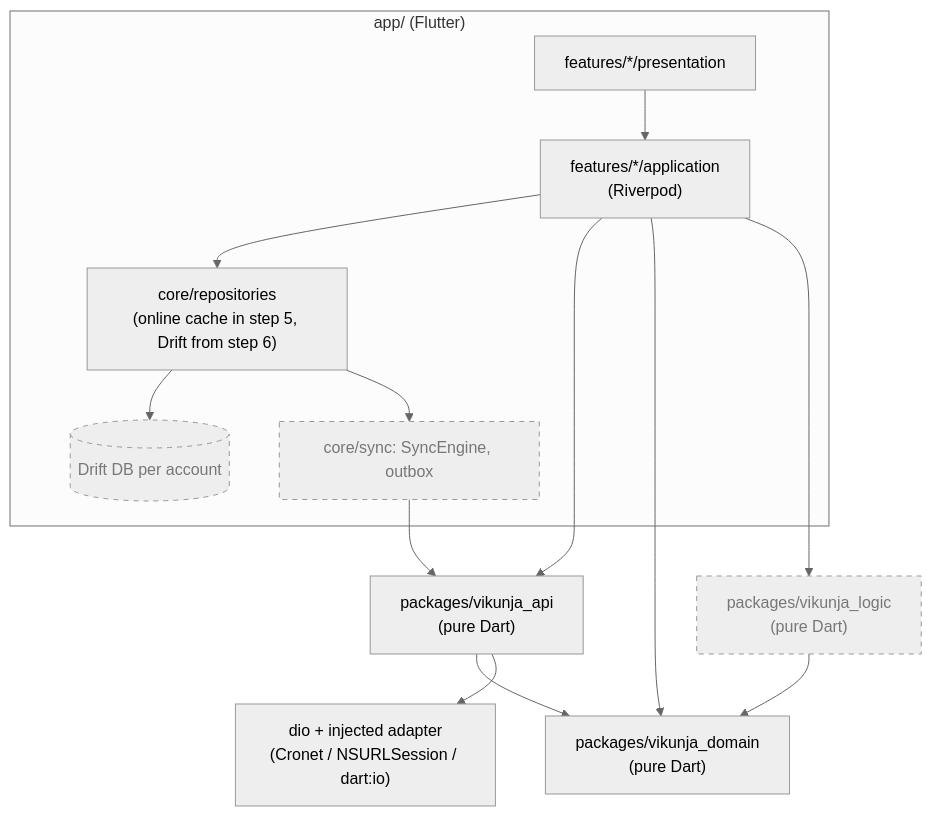
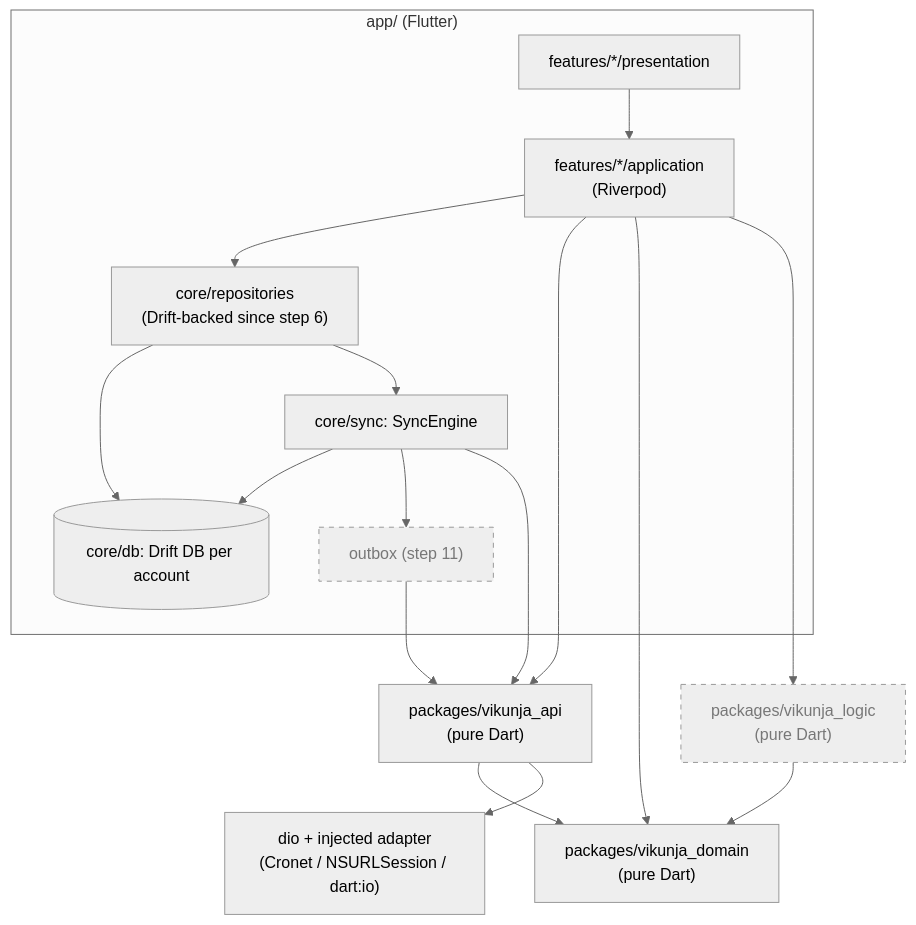
The first of 7 diagrams in docs/architecture.md (coderoftime/vikunja-app-ci-test), drawn with Mermaid (neutral theme) before and after one commit. The commit also changed other lines of this file and 115 other files, not shown here.

First line of the commit message:
feat: local database per account and initial sync

````diff
--- a/docs/architecture.md
+++ b/docs/architecture.md
@@ -46,19 +46,22 @@
 ```mermaid
 flowchart TD
   subgraph APP["app/ (Flutter)"]
     PRES["features/*/presentation"] --> APPL["features/*/application<br/>(Riverpod)"]
-    APPL --> REPO["core/repositories<br/>(online cache in step 5, Drift from step 6)"]
-    REPO --> DB[("Drift DB per account")]
-    REPO --> OUTBOX["core/sync: SyncEngine, outbox"]
+    APPL --> REPO["core/repositories<br/>(Drift-backed since step 6)"]
+    REPO --> DB[("core/db: Drift DB per account")]
+    REPO --> SYNC["core/sync: SyncEngine"]
+    SYNC --> DB
+    SYNC --> OUTBOX["outbox (step 11)"]
   end
   APPL --> API
+  SYNC --> API
   OUTBOX --> API
   API["packages/vikunja_api<br/>(pure Dart)"] --> DOM["packages/vikunja_domain<br/>(pure Dart)"]
   APPL --> DOM
   LOGIC["packages/vikunja_logic<br/>(pure Dart)"] --> DOM
   APPL --> LOGIC
   API --> DIO["dio + injected adapter<br/>(Cronet / NSURLSession / dart:io)"]
 
   classDef planned stroke-dasharray: 5 5,color:#777
-  class DB,OUTBOX,LOGIC planned
+  class OUTBOX,LOGIC planned
 ```
````
